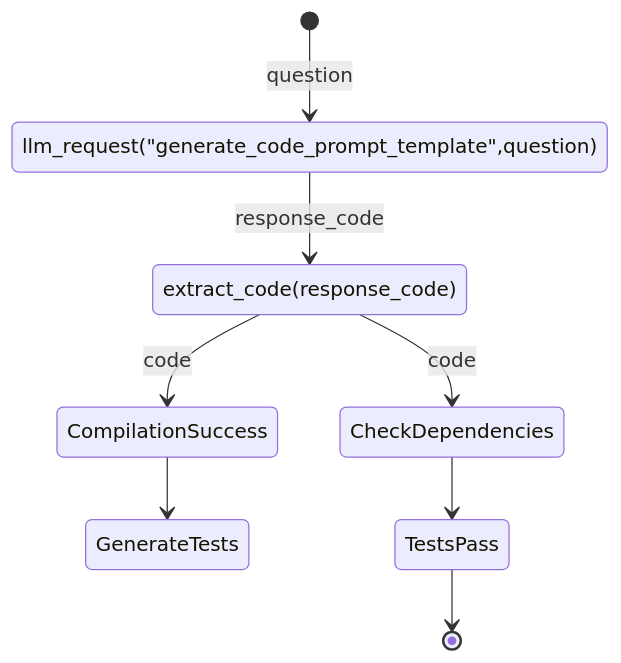
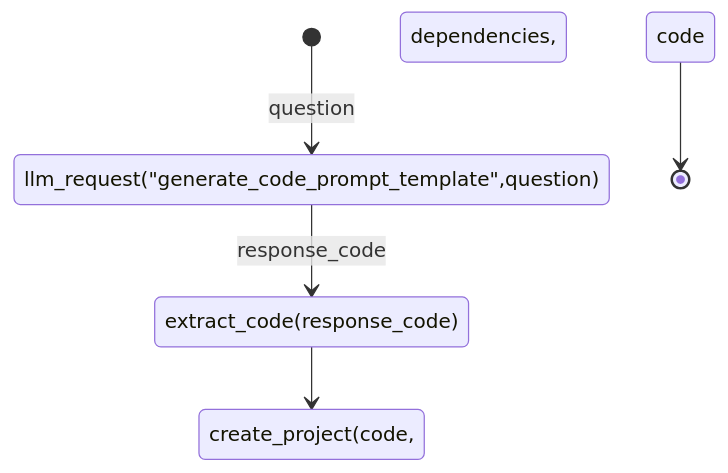
Before and after one commit to rizgan/LLM-Logic-Exec-Verify: the diagram in state.md, drawn with Mermaid. The commit also changed other lines of this file, not shown here.

````diff
--- a/state.md
+++ b/state.md
@@ -1,10 +19,7 @@
 ```mermaid
 stateDiagram
 [*] --> llm_request("generate_code_prompt_template",question) : question
 llm_request("generate_code_prompt_template",question) --> extract_code(response_code) : response_code
-extract_code(response_code) --> CompilationSuccess : code
-extract_code(response_code) --> CheckDependencies : code
-CompilationSuccess --> GenerateTests
-CheckDependencies  --> TestsPass
-TestsPass --> [*]
+extract_code(response_code) --> create_project(code, dependencies, tests) : code
+create_project(code, dependencies, tests) --> [*]
 ```
````
